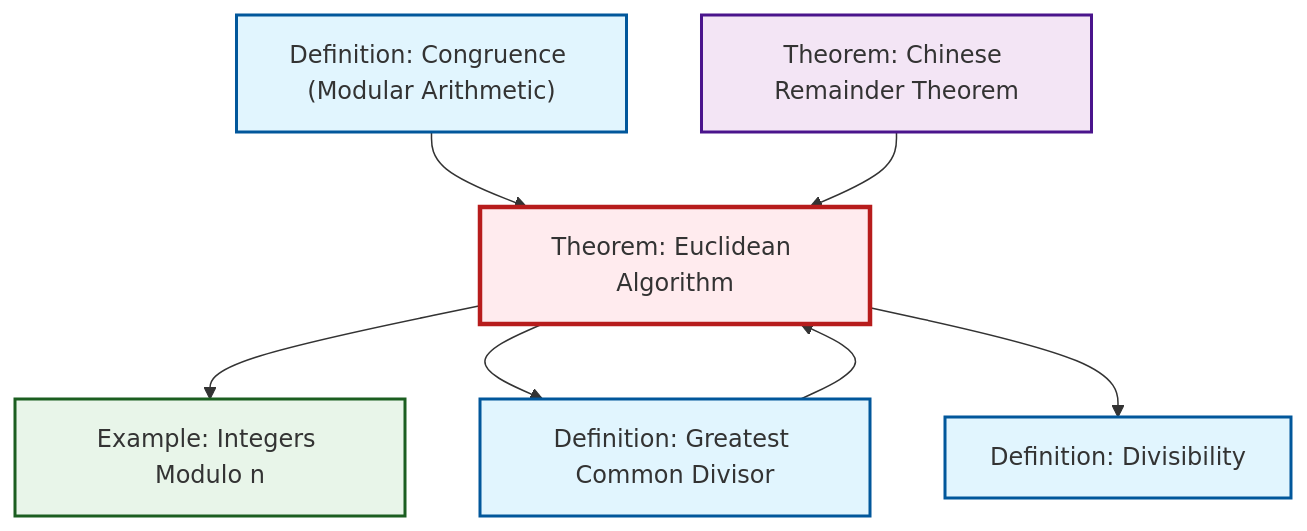
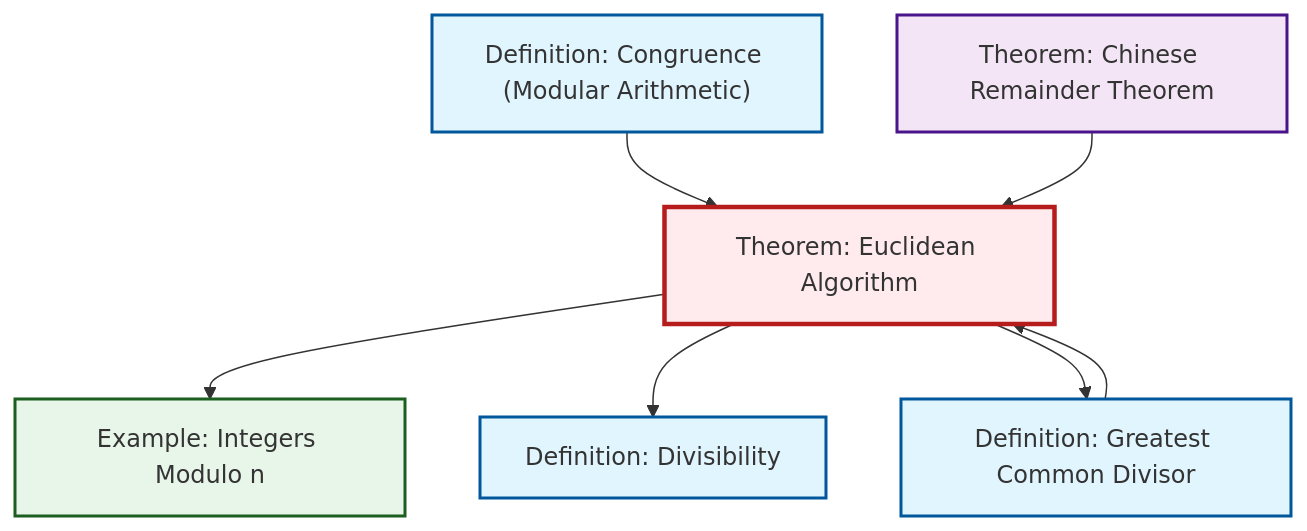
Before and after one commit to RK0429/ModernMath: the second of 2 diagrams in content/en/number-theory/thm-euclidean-algorithm.qmd, drawn with Mermaid. The commit also changed other lines of this file and 554 other files, not shown here.

````diff
--- a/content/en/number-theory/thm-euclidean-algorithm.qmd
+++ b/content/en/number-theory/thm-euclidean-algorithm.qmd
@@ -95,27 +95,27 @@
 ```{mermaid}
 %%| fig-cap: "Local dependency graph"
 graph TD
     classDef definition fill:#e1f5fe,stroke:#01579b,stroke-width:2px
     classDef theorem fill:#f3e5f5,stroke:#4a148c,stroke-width:2px
     classDef axiom fill:#fff3e0,stroke:#e65100,stroke-width:2px
     classDef example fill:#e8f5e9,stroke:#1b5e20,stroke-width:2px
     classDef current fill:#ffebee,stroke:#b71c1c,stroke-width:3px
     thm-chinese-remainder["Theorem: Chinese Remainder Theorem"]:::theorem
     def-divisibility["Definition: Divisibility"]:::definition
+    ex-quotient-integers-mod-n["Example: Integers Modulo n"]:::example
     def-congruence["Definition: Congruence (Modular Arithmetic)"]:::definition
+    thm-euclidean-algorithm["Theorem: Euclidean Algorithm"]:::theorem
     def-gcd["Definition: Greatest Common Divisor"]:::definition
-    ex-quotient-integers-mod-n["Example: Integers Modulo n"]:::example
-    thm-euclidean-algorithm["Theorem: Euclidean Algorithm"]:::theorem
+    def-congruence --> thm-euclidean-algorithm
+    thm-euclidean-algorithm --> ex-quotient-integers-mod-n
+    thm-euclidean-algorithm --> def-divisibility
+    thm-chinese-remainder --> thm-euclidean-algorithm
     def-gcd --> thm-euclidean-algorithm
-    thm-euclidean-algorithm --> ex-quotient-integers-mod-n
     thm-euclidean-algorithm --> def-gcd
-    def-congruence --> thm-euclidean-algorithm
-    thm-chinese-remainder --> thm-euclidean-algorithm
-    thm-euclidean-algorithm --> def-divisibility
     class thm-euclidean-algorithm current
     click thm-chinese-remainder "thm-chinese-remainder.html" "Go to Chinese Remainder Theorem theorem"
     click def-divisibility "def-divisibility.html" "Go to Divisibility definition"
+    click ex-quotient-integers-mod-n "ex-quotient-integers-mod-n.html" "Go to Integers Modulo n example"
     click def-congruence "def-congruence.html" "Go to Congruence (Modular Arithmetic) definition"
     click def-gcd "def-gcd.html" "Go to Greatest Common Divisor definition"
-    click ex-quotient-integers-mod-n "ex-quotient-integers-mod-n.html" "Go to Integers Modulo n example"
 ```
````
